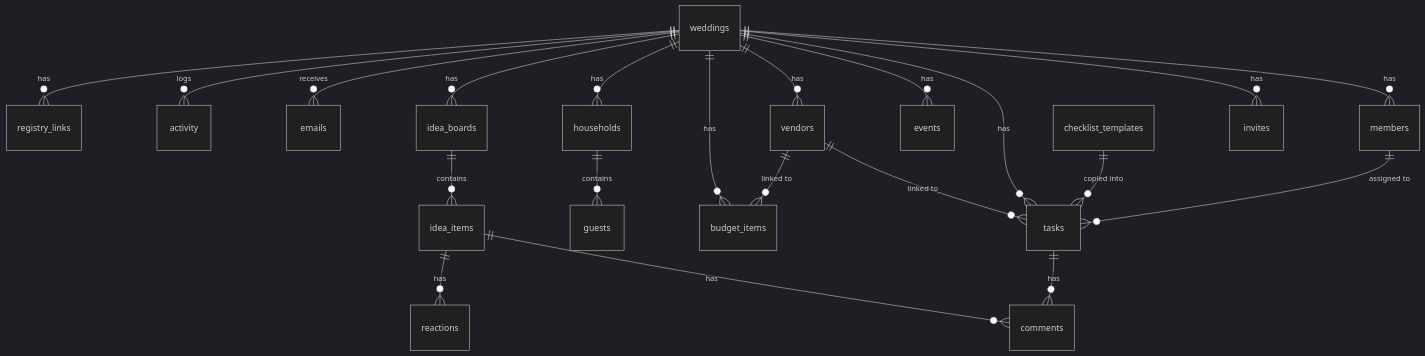
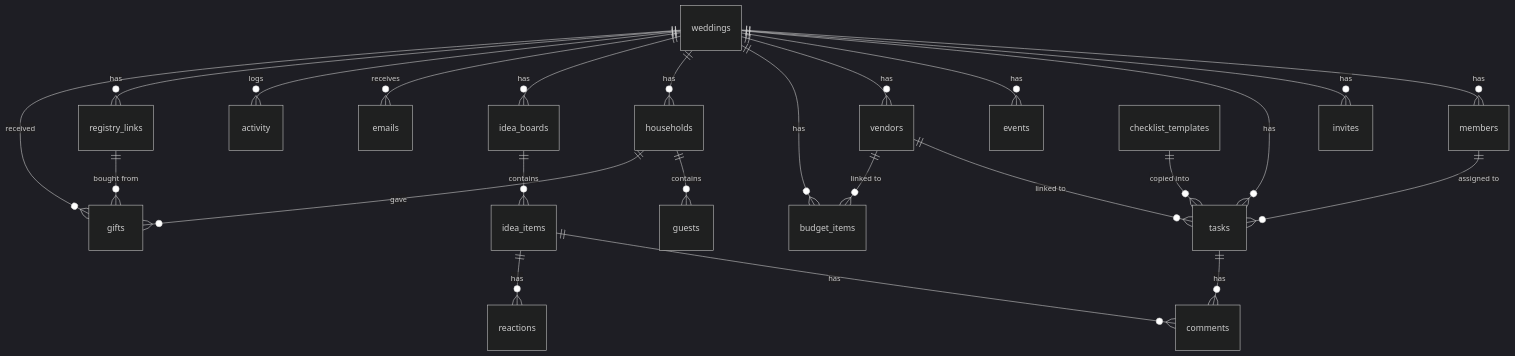
The diagram in docs/DATA_MODEL.md (Cmoze/wedding_plan_organizer), drawn with Mermaid (dark theme) before and after one commit. The commit also changed other lines of this file and 6 other files, not shown here.

````diff
--- a/docs/DATA_MODEL.md
+++ b/docs/DATA_MODEL.md
@@ -11,23 +11,26 @@
 ```mermaid
 erDiagram
   weddings ||--o{ members : has
   weddings ||--o{ invites : has
   weddings ||--o{ tasks : has
   weddings ||--o{ events : has
   weddings ||--o{ vendors : has
   weddings ||--o{ budget_items : has
   weddings ||--o{ households : has
   households ||--o{ guests : contains
   weddings ||--o{ idea_boards : has
   idea_boards ||--o{ idea_items : contains
   idea_items ||--o{ comments : has
   tasks ||--o{ comments : has
   idea_items ||--o{ reactions : has
   weddings ||--o{ emails : receives
   weddings ||--o{ activity : logs
   weddings ||--o{ registry_links : has
+  weddings ||--o{ gifts : received
+  households ||--o{ gifts : gave
+  registry_links ||--o{ gifts : "bought from"
   members ||--o{ tasks : "assigned to"
   vendors ||--o{ tasks : "linked to"
   vendors ||--o{ budget_items : "linked to"
   checklist_templates ||--o{ tasks : "copied into"
 ```
````
